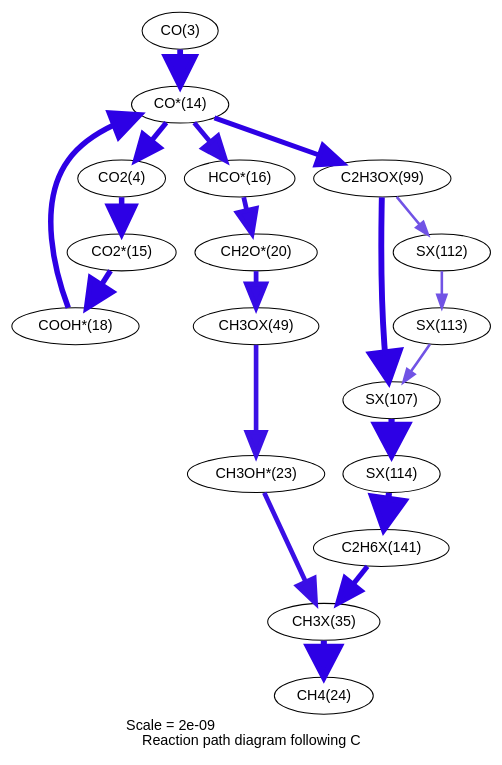
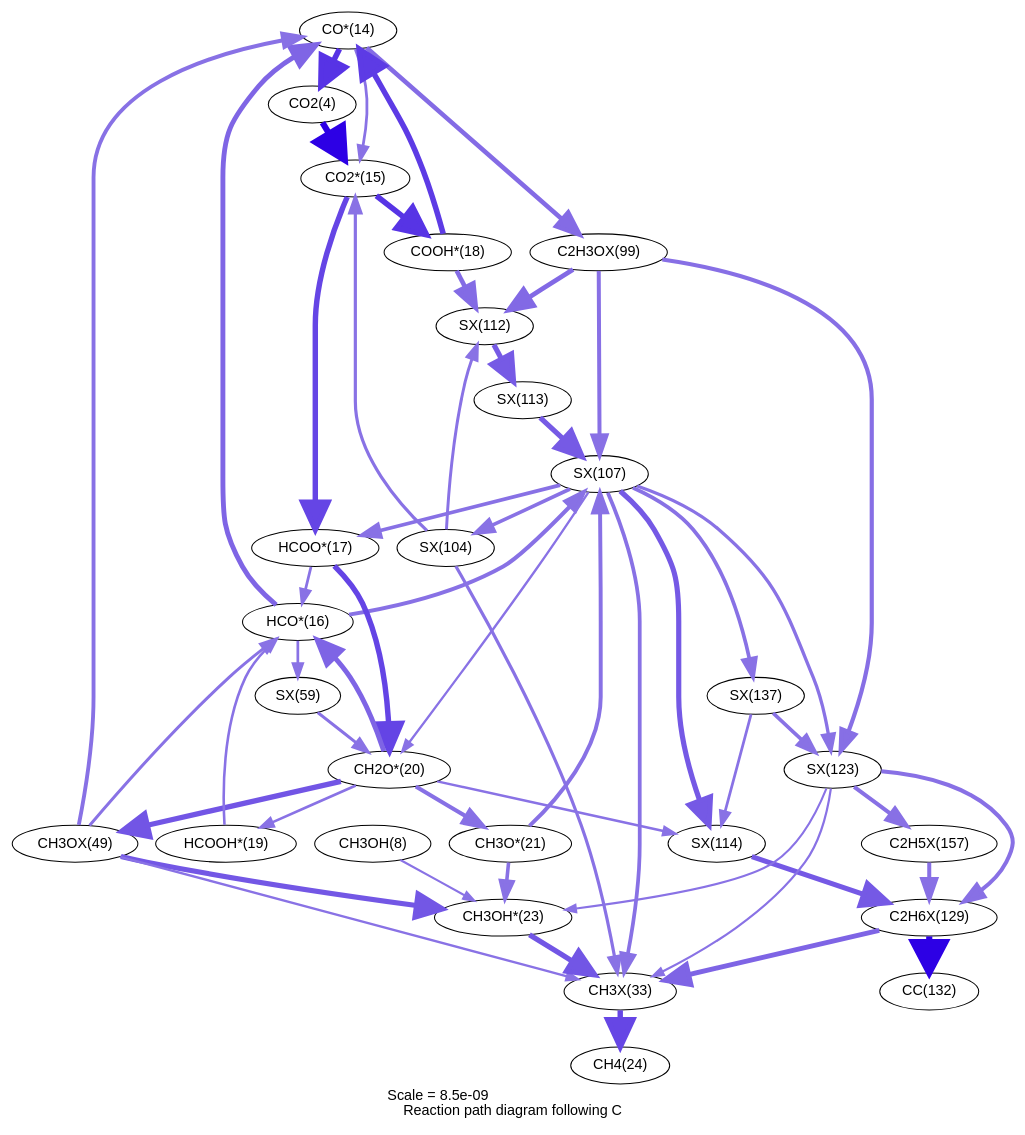
The diagram in rmg_gua/plot/analyze_best_fit/rxnpath.dot (ChrisBNEU/uncertainty_analysis), drawn with Graphviz before and after one commit. The commit also changed 247 other files, not shown here.

```diff
--- a/rmg_gua/plot/analyze_best_fit/rxnpath.dot
+++ b/rmg_gua/plot/analyze_best_fit/rxnpath.dot
@@ -1,60 +1,139 @@
 digraph reaction_paths {
 center=1;
-s3 -> s20[fontname="Helvetica", penwidth=5.65, arrowsize=2.83, color="0.7, 1.32, 0.9"
+s18 -> s4[fontname="Helvetica", penwidth=5.44, arrowsize=2.72, color="0.7, 0.775, 0.9"
 ];
-s20 -> s4[fontname="Helvetica", penwidth=4.97, arrowsize=2.48, color="0.7, 1.05, 0.9"
+s18 -> s19[fontname="Helvetica", penwidth=2.7, arrowsize=1.35, color="0.7, 0.501, 0.9"
 ];
-s20 -> s22[fontname="Helvetica", penwidth=4.66, arrowsize=2.33, color="0.7, 0.964, 0.9"
+s22 -> s18[fontname="Helvetica", penwidth=5.38, arrowsize=2.69, color="0.7, 0.741, 0.9"
 ];
-s24 -> s20[fontname="Helvetica", penwidth=5.36, arrowsize=2.68, color="0.7, 1.19, 0.9"
+s20 -> s18[fontname="Helvetica", penwidth=4.76, arrowsize=2.38, color="0.7, 0.558, 0.9"
 ];
-s20 -> s35[fontname="Helvetica", penwidth=4.81, arrowsize=2.4, color="0.7, 1, 0.9"
+s29 -> s18[fontname="Helvetica", penwidth=3.77, arrowsize=1.88, color="0.7, 0.506, 0.9"
 ];
-s4 -> s21[fontname="Helvetica", penwidth=5.37, arrowsize=2.68, color="0.7, 1.19, 0.9"
+s18 -> s31[fontname="Helvetica", penwidth=4.47, arrowsize=2.24, color="0.7, 0.53, 0.9"
 ];
-s21 -> s24[fontname="Helvetica", penwidth=5.36, arrowsize=2.68, color="0.7, 1.19, 0.9"
+s4 -> s19[fontname="Helvetica", penwidth=5.97, arrowsize=2.99, color="0.7, 1.44, 0.9"
 ];
-s22 -> s26[fontname="Helvetica", penwidth=4.65, arrowsize=2.33, color="0.7, 0.96, 0.9"
+s19 -> s21[fontname="Helvetica", penwidth=5.29, arrowsize=2.65, color="0.7, 0.697, 0.9"
 ];
-s26 -> s32[fontname="Helvetica", penwidth=4.64, arrowsize=2.32, color="0.7, 0.956, 0.9"
+s19 -> s22[fontname="Helvetica", penwidth=5.44, arrowsize=2.72, color="0.7, 0.773, 0.9"
 ];
-s32 -> s29[fontname="Helvetica", penwidth=4.52, arrowsize=2.26, color="0.7, 0.928, 0.9"
+s32 -> s19[fontname="Helvetica", penwidth=3.1, arrowsize=1.55, color="0.7, 0.501, 0.9"
 ];
-s29 -> s30[fontname="Helvetica", penwidth=4.55, arrowsize=2.27, color="0.7, 0.933, 0.9"
+s21 -> s24[fontname="Helvetica", penwidth=5.3, arrowsize=2.65, color="0.7, 0.7, 0.9"
 ];
-s35 -> s38[fontname="Helvetica", penwidth=2.51, arrowsize=1.26, color="0.7, 0.634, 0.9"
+s21 -> s20[fontname="Helvetica", penwidth=2.68, arrowsize=1.34, color="0.7, 0.5, 0.9"
 ];
-s35 -> s37[fontname="Helvetica", penwidth=5.73, arrowsize=2.87, color="0.7, 1.36, 0.9"
+s33 -> s21[fontname="Helvetica", penwidth=3.59, arrowsize=1.79, color="0.7, 0.504, 0.9"
 ];
-s38 -> s39[fontname="Helvetica", penwidth=2.51, arrowsize=1.26, color="0.7, 0.634, 0.9"
+s22 -> s34[fontname="Helvetica", penwidth=4.5, arrowsize=2.25, color="0.7, 0.532, 0.9"
 ];
-s30 -> s10[fontname="Helvetica", penwidth=5.92, arrowsize=2.96, color="0.7, 1.45, 0.9"
+s24 -> s23[fontname="Helvetica", penwidth=2.48, arrowsize=1.24, color="0.7, 0.5, 0.9"
 ];
-s44 -> s30[fontname="Helvetica", penwidth=4.81, arrowsize=2.41, color="0.7, 1, 0.9"
+s23 -> s20[fontname="Helvetica", penwidth=2.52, arrowsize=1.26, color="0.7, 0.5, 0.9"
 ];
-s39 -> s37[fontname="Helvetica", penwidth=2.51, arrowsize=1.26, color="0.7, 0.634, 0.9"
+s24 -> s25[fontname="Helvetica", penwidth=3.99, arrowsize=2, color="0.7, 0.51, 0.9"
 ];
-s37 -> s40[fontname="Helvetica", penwidth=6, arrowsize=3, color="0.7, 1.5, 0.9"
+s24 -> s20[fontname="Helvetica", penwidth=4.8, arrowsize=2.4, color="0.7, 0.563, 0.9"
 ];
-s40 -> s44[fontname="Helvetica", penwidth=6, arrowsize=3, color="0.7, 1.5, 0.9"
+s24 -> s29[fontname="Helvetica", penwidth=5.11, arrowsize=2.55, color="0.7, 0.627, 0.9"
 ];
-s3 [ fontname="Helvetica", label="CO(3)"];
+s30 -> s24[fontname="Helvetica", penwidth=2.93, arrowsize=1.46, color="0.7, 0.501, 0.9"
+];
+s33 -> s24[fontname="Helvetica", penwidth=2.25, arrowsize=1.12, color="0.7, 0.5, 0.9"
+];
+s24 -> s36[fontname="Helvetica", penwidth=2.34, arrowsize=1.17, color="0.7, 0.5, 0.9"
+];
+s25 -> s27[fontname="Helvetica", penwidth=3.49, arrowsize=1.74, color="0.7, 0.503, 0.9"
+];
+s25 -> s33[fontname="Helvetica", penwidth=3.83, arrowsize=1.92, color="0.7, 0.507, 0.9"
+];
+s8 -> s27[fontname="Helvetica", penwidth=2.09, arrowsize=1.04, color="0.7, 0.5, 0.9"
+];
+s29 -> s27[fontname="Helvetica", penwidth=5.08, arrowsize=2.54, color="0.7, 0.62, 0.9"
+];
+s27 -> s28[fontname="Helvetica", penwidth=5.09, arrowsize=2.55, color="0.7, 0.624, 0.9"
+];
+s37 -> s27[fontname="Helvetica", penwidth=2.04, arrowsize=1.02, color="0.7, 0.5, 0.9"
+];
+s29 -> s20[fontname="Helvetica", penwidth=2.93, arrowsize=1.47, color="0.7, 0.501, 0.9"
+];
+s20 -> s30[fontname="Helvetica", penwidth=2.65, arrowsize=1.33, color="0.7, 0.5, 0.9"
+];
+s20 -> s33[fontname="Helvetica", penwidth=3.84, arrowsize=1.92, color="0.7, 0.507, 0.9"
+];
+s29 -> s28[fontname="Helvetica", penwidth=2.24, arrowsize=1.12, color="0.7, 0.5, 0.9"
+];
+s28 -> s10[fontname="Helvetica", penwidth=5.28, arrowsize=2.64, color="0.7, 0.692, 0.9"
+];
+s33 -> s28[fontname="Helvetica", penwidth=3.65, arrowsize=1.82, color="0.7, 0.504, 0.9"
+];
+s38 -> s28[fontname="Helvetica", penwidth=4.79, arrowsize=2.4, color="0.7, 0.562, 0.9"
+];
+s37 -> s28[fontname="Helvetica", penwidth=2.11, arrowsize=1.05, color="0.7, 0.5, 0.9"
+];
+s32 -> s28[fontname="Helvetica", penwidth=3.12, arrowsize=1.56, color="0.7, 0.501, 0.9"
+];
+s31 -> s33[fontname="Helvetica", penwidth=3.9, arrowsize=1.95, color="0.7, 0.508, 0.9"
+];
+s33 -> s39[fontname="Helvetica", penwidth=3.59, arrowsize=1.8, color="0.7, 0.504, 0.9"
+];
+s33 -> s36[fontname="Helvetica", penwidth=5.03, arrowsize=2.52, color="0.7, 0.608, 0.9"
+];
+s35 -> s33[fontname="Helvetica", penwidth=5.02, arrowsize=2.51, color="0.7, 0.604, 0.9"
+];
+s33 -> s37[fontname="Helvetica", penwidth=3.23, arrowsize=1.62, color="0.7, 0.502, 0.9"
+];
+s33 -> s32[fontname="Helvetica", penwidth=3.52, arrowsize=1.76, color="0.7, 0.503, 0.9"
+];
+s31 -> s34[fontname="Helvetica", penwidth=4.6, arrowsize=2.3, color="0.7, 0.54, 0.9"
+];
+s31 -> s37[fontname="Helvetica", penwidth=4.07, arrowsize=2.03, color="0.7, 0.512, 0.9"
+];
+s34 -> s35[fontname="Helvetica", penwidth=5.02, arrowsize=2.51, color="0.7, 0.604, 0.9"
+];
+s32 -> s34[fontname="Helvetica", penwidth=2.89, arrowsize=1.45, color="0.7, 0.501, 0.9"
+];
+s39 -> s36[fontname="Helvetica", penwidth=2.67, arrowsize=1.34, color="0.7, 0.5, 0.9"
+];
+s39 -> s37[fontname="Helvetica", penwidth=3.54, arrowsize=1.77, color="0.7, 0.503, 0.9"
+];
+s36 -> s38[fontname="Helvetica", penwidth=5.04, arrowsize=2.52, color="0.7, 0.609, 0.9"
+];
+s38 -> s12[fontname="Helvetica", penwidth=6, arrowsize=3, color="0.7, 1.5, 0.9"
+];
+s41 -> s38[fontname="Helvetica", penwidth=3.92, arrowsize=1.96, color="0.7, 0.508, 0.9"
+];
+s37 -> s38[fontname="Helvetica", penwidth=3.92, arrowsize=1.96, color="0.7, 0.508, 0.9"
+];
+s37 -> s41[fontname="Helvetica", penwidth=3.92, arrowsize=1.96, color="0.7, 0.508, 0.9"
+];
 s4 [ fontname="Helvetica", label="CO2(4)"];
+s8 [ fontname="Helvetica", label="CH3OH(8)"];
 s10 [ fontname="Helvetica", label="CH4(24)"];
-s20 [ fontname="Helvetica", label="CO*(14)"];
-s21 [ fontname="Helvetica", label="CO2*(15)"];
-s22 [ fontname="Helvetica", label="HCO*(16)"];
-s24 [ fontname="Helvetica", label="COOH*(18)"];
-s26 [ fontname="Helvetica", label="CH2O*(20)"];
-s29 [ fontname="Helvetica", label="CH3OH*(23)"];
-s30 [ fontname="Helvetica", label="CH3X(35)"];
-s32 [ fontname="Helvetica", label="CH3OX(49)"];
-s35 [ fontname="Helvetica", label="C2H3OX(99)"];
-s37 [ fontname="Helvetica", label="SX(107)"];
-s38 [ fontname="Helvetica", label="SX(112)"];
-s39 [ fontname="Helvetica", label="SX(113)"];
-s40 [ fontname="Helvetica", label="SX(114)"];
-s44 [ fontname="Helvetica", label="C2H6X(141)"];
- label = "Scale = 2e-09\l Reaction path diagram following C";
+s12 [ fontname="Helvetica", label="CC(132)"];
+s18 [ fontname="Helvetica", label="CO*(14)"];
+s19 [ fontname="Helvetica", label="CO2*(15)"];
+s20 [ fontname="Helvetica", label="HCO*(16)"];
+s21 [ fontname="Helvetica", label="HCOO*(17)"];
+s22 [ fontname="Helvetica", label="COOH*(18)"];
+s23 [ fontname="Helvetica", label="HCOOH*(19)"];
+s24 [ fontname="Helvetica", label="CH2O*(20)"];
+s25 [ fontname="Helvetica", label="CH3O*(21)"];
+s27 [ fontname="Helvetica", label="CH3OH*(23)"];
+s28 [ fontname="Helvetica", label="CH3X(33)"];
+s29 [ fontname="Helvetica", label="CH3OX(49)"];
+s30 [ fontname="Helvetica", label="SX(59)"];
+s31 [ fontname="Helvetica", label="C2H3OX(99)"];
+s32 [ fontname="Helvetica", label="SX(104)"];
+s33 [ fontname="Helvetica", label="SX(107)"];
+s34 [ fontname="Helvetica", label="SX(112)"];
+s35 [ fontname="Helvetica", label="SX(113)"];
+s36 [ fontname="Helvetica", label="SX(114)"];
+s37 [ fontname="Helvetica", label="SX(123)"];
+s38 [ fontname="Helvetica", label="C2H6X(129)"];
+s39 [ fontname="Helvetica", label="SX(137)"];
+s41 [ fontname="Helvetica", label="C2H5X(157)"];
+ label = "Scale = 8.5e-09\l Reaction path diagram following C";
  fontname = "Helvetica";
 }
```
